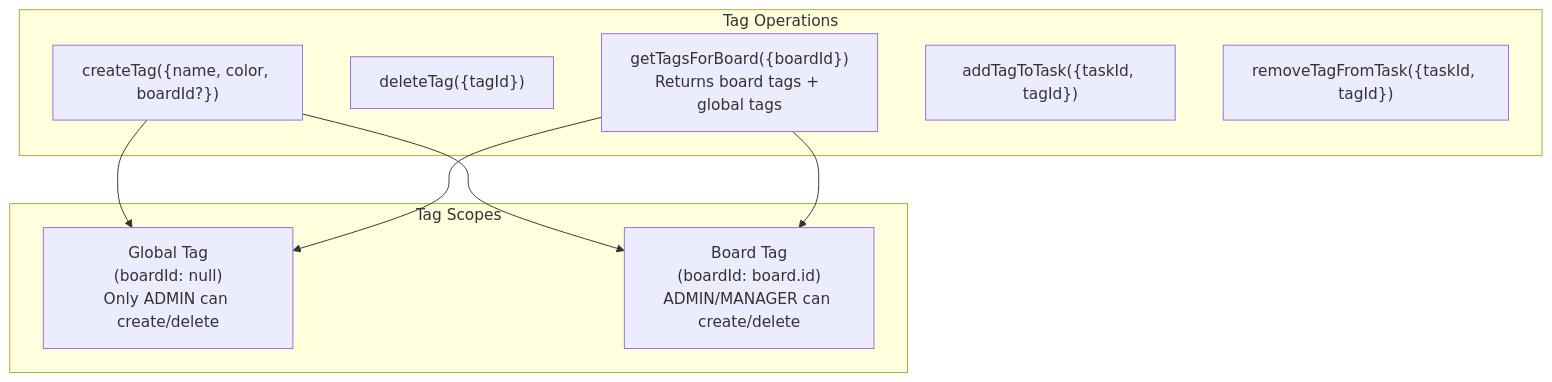
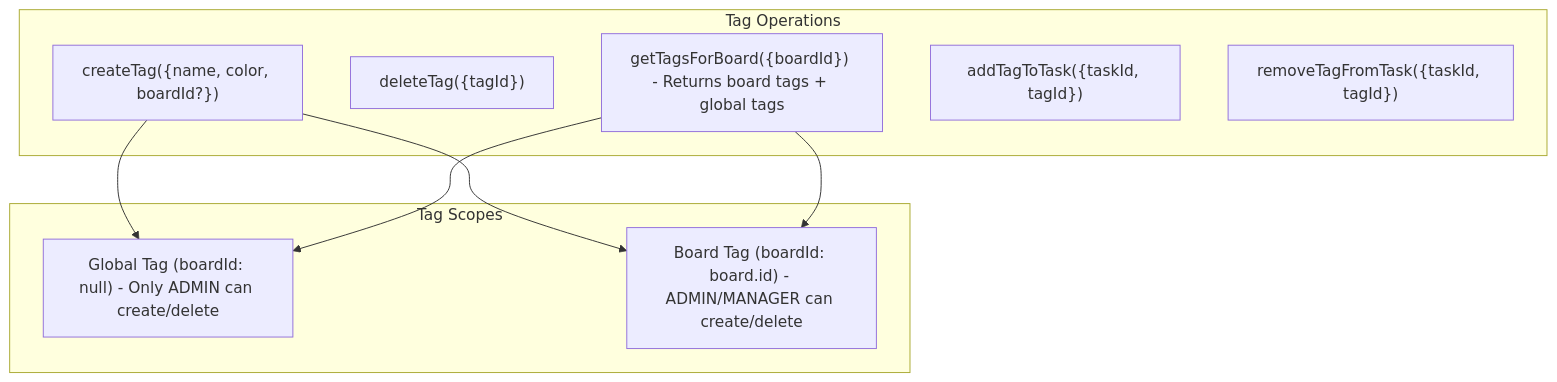
One commit to asefahmed500/Smart-Task-App_IIT_DU_Final_Project changed the sixth of 7 diagrams in docs/04-board-management.md. Above: the diagram before and after it, drawn with Mermaid. The commit also changed other lines of this file and 8 other files, not shown here.

Commit message:
fix: remove br tags from mermaid diagrams for GitHub rendering

````diff
--- a/docs/04-board-management.md
+++ b/docs/04-board-management.md
@@ -168,20 +168,20 @@
 ```mermaid
 flowchart TD
     subgraph "Tag Scopes"
-        GLOBAL["Global Tag<br/>(boardId: null)<br/>Only ADMIN can create/delete"]
-        BOARD["Board Tag<br/>(boardId: board.id)<br/>ADMIN/MANAGER can create/delete"]
+        GLOBAL["Global Tag (boardId: null) - Only ADMIN can create/delete"]
+        BOARD["Board Tag (boardId: board.id) - ADMIN/MANAGER can create/delete"]
     end
 
     subgraph "Tag Operations"
         CREATE["createTag({name, color, boardId?})"]
         DELETE["deleteTag({tagId})"]
-        GET["getTagsForBoard({boardId})<br/>Returns board tags + global tags"]
+        GET["getTagsForBoard({boardId}) - Returns board tags + global tags"]
         TASK_ADD["addTagToTask({taskId, tagId})"]
         TASK_RM["removeTagFromTask({taskId, tagId})"]
     end
 
     CREATE --> GLOBAL
     CREATE --> BOARD
     GET --> GLOBAL
     GET --> BOARD
 ```
````
